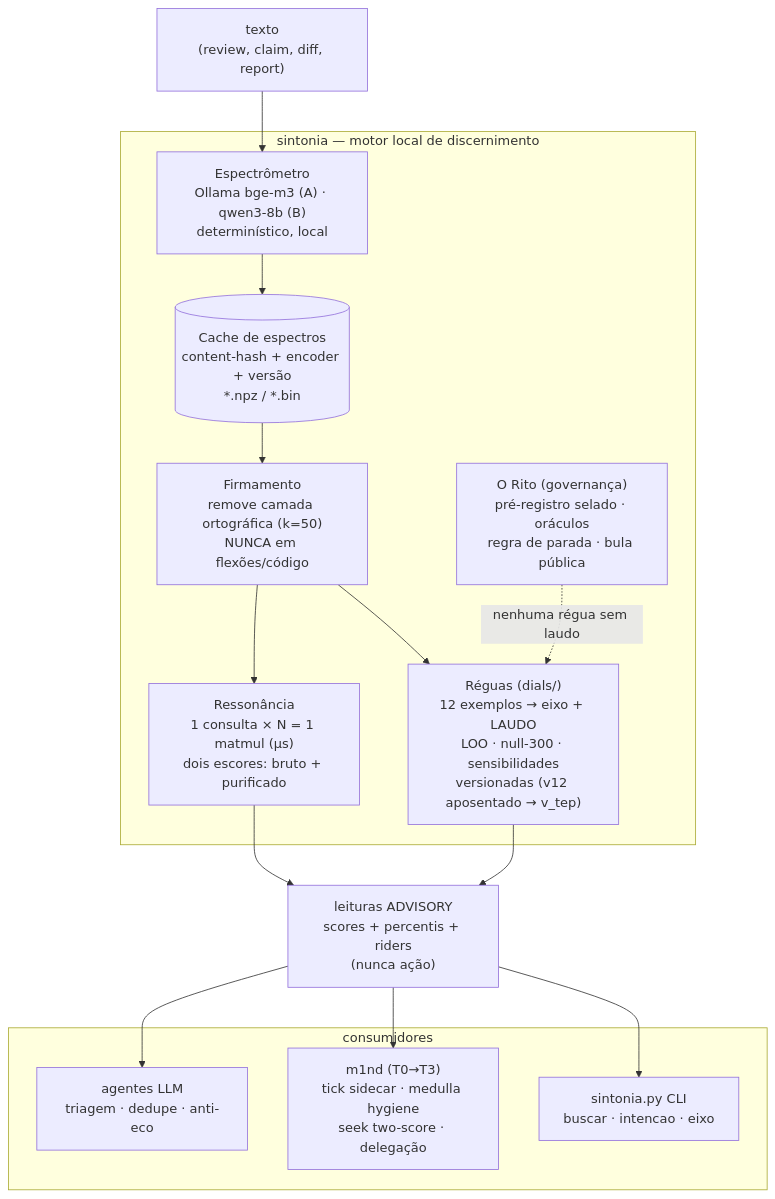
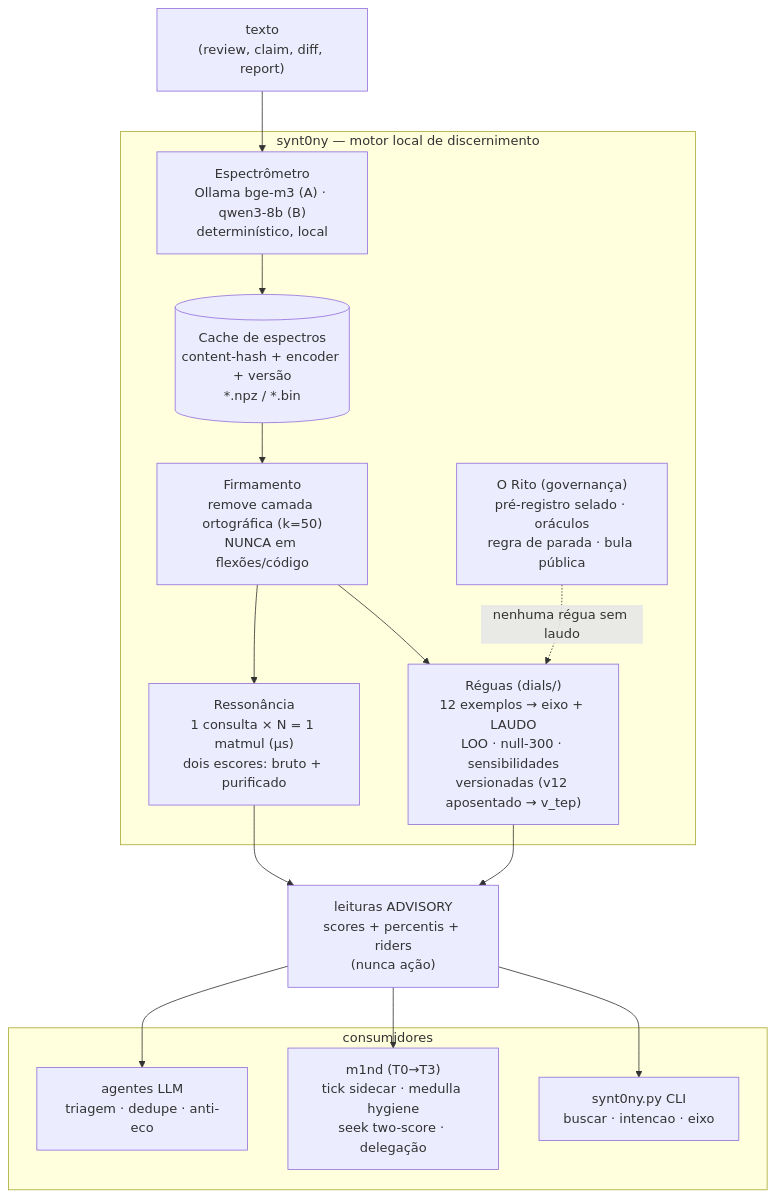
One commit to maxkle1nz/synt0ny changed the first of 4 diagrams in docs/UML.md. Above: the diagram before and after it, drawn with Mermaid. The commit also changed other lines of this file and 6 other files, not shown here.

First line of the commit message:
Rename: sintonia becomes synt0ny

````diff
--- a/docs/UML.md
+++ b/docs/UML.md
@@ -7,27 +7,27 @@
 ```mermaid
 flowchart TB
-    subgraph SINTONIA["sintonia — motor local de discernimento"]
+    subgraph SINTONIA["synt0ny — motor local de discernimento"]
         ENC["Espectrômetro\nOllama bge-m3 (A) · qwen3-8b (B)\ndeterminístico, local"]
         CACHE[("Cache de espectros\ncontent-hash + encoder + versão\n*.npz / *.bin")]
         FIRM["Firmamento\nremove camada ortográfica (k=50)\nNUNCA em flexões/código"]
         DIALS["Réguas (dials/)\n12 exemplos → eixo + LAUDO\nLOO · null-300 · sensibilidades\nversionadas (v12 aposentado → v_tep)"]
         RES["Ressonância\n1 consulta × N = 1 matmul (µs)\ndois escores: bruto + purificado"]
         RITO["O Rito (governança)\npré-registro selado · oráculos\nregra de parada · bula pública"]
     end
     TXT["texto\n(review, claim, diff, report)"] --> ENC
     ENC --> CACHE
     CACHE --> FIRM
     FIRM --> DIALS
     FIRM --> RES
     DIALS --> OUT["leituras ADVISORY\nscores + percentis + riders\n(nunca ação)"]
     RES --> OUT
     RITO -.->|"nenhuma régua sem laudo"| DIALS
     subgraph CONSUMERS["consumidores"]
-        CLI["sintonia.py CLI\nbuscar · intencao · eixo"]
+        CLI["synt0ny.py CLI\nbuscar · intencao · eixo"]
         M1ND["m1nd (T0→T3)\ntick sidecar · medulla hygiene\nseek two-score · delegação"]
         AG["agentes LLM\ntriagem · dedupe · anti-eco"]
     end
     OUT --> CLI
     OUT --> M1ND
     OUT --> AG
 ```
````
